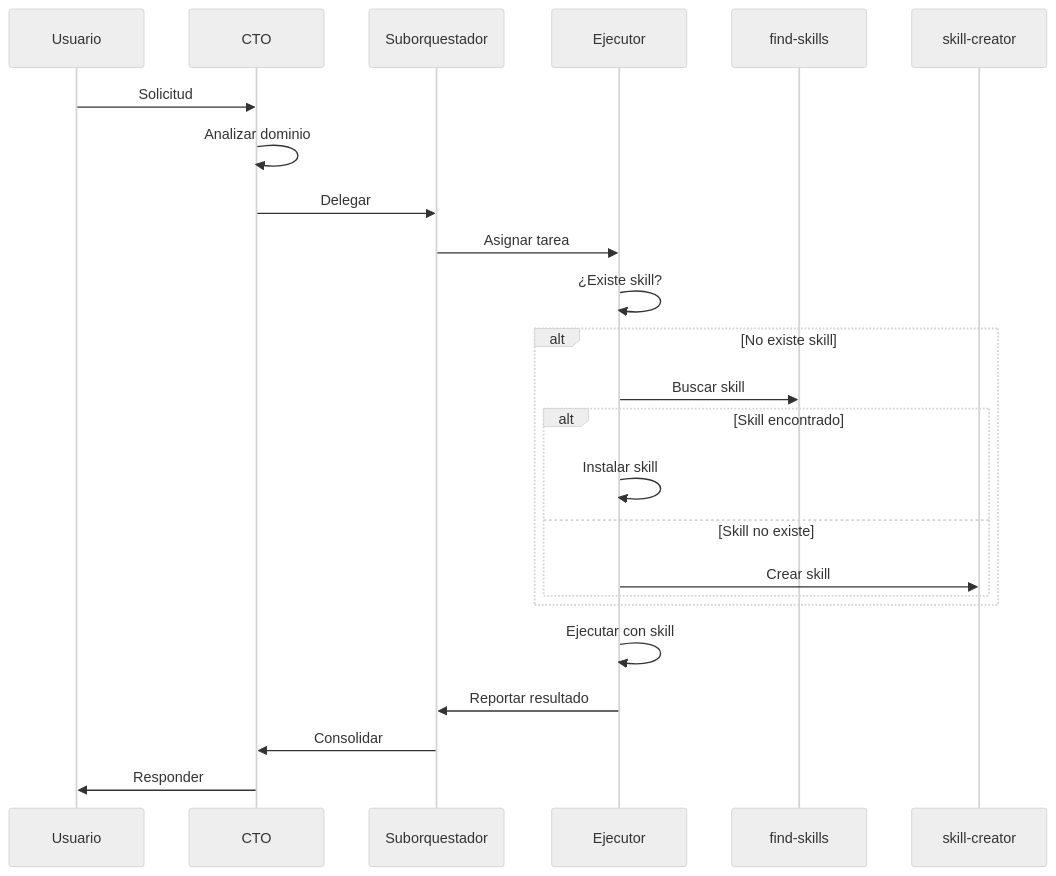
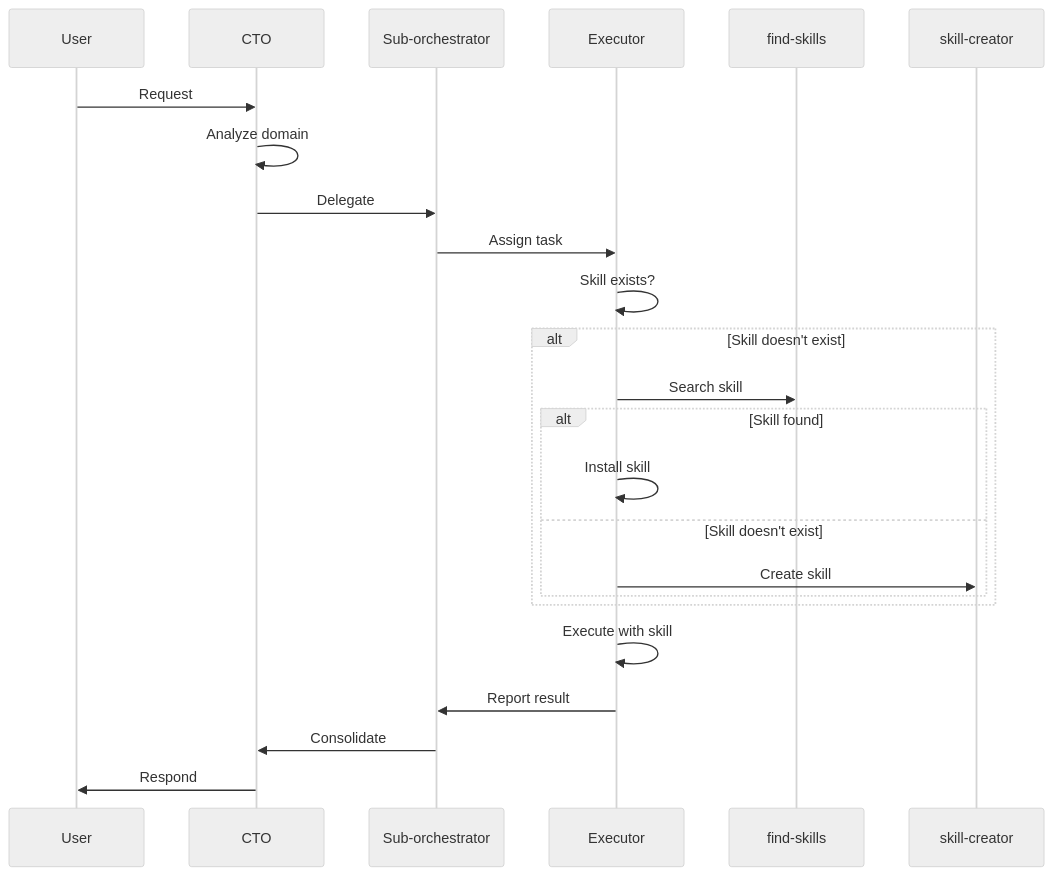
The diagram in .agents/agents.md (javalenciacai/develop-skills), drawn with Mermaid (neutral theme) before and after one commit. The commit also changed other lines of this file and 16 other files, not shown here.

````diff
--- a/.agents/agents.md
+++ b/.agents/agents.md
@@ -76,20 +76,20 @@
 ```mermaid
 sequenceDiagram
-    Usuario->>CTO: Solicitud
-    CTO->>CTO: Analizar dominio
-    CTO->>Suborquestador: Delegar
-    Suborquestador->>Ejecutor: Asignar tarea
-    Ejecutor->>Ejecutor: ¿Existe skill?
-    alt No existe skill
-        Ejecutor->>find-skills: Buscar skill
-        alt Skill encontrado
-            Ejecutor->>Ejecutor: Instalar skill
-        else Skill no existe
-            Ejecutor->>skill-creator: Crear skill
+    User->>CTO: Request
+    CTO->>CTO: Analyze domain
+    CTO->>Sub-orchestrator: Delegate
+    Sub-orchestrator->>Executor: Assign task
+    Executor->>Executor: Skill exists?
+    alt Skill doesn't exist
+        Executor->>find-skills: Search skill
+        alt Skill found
+            Executor->>Executor: Install skill
+        else Skill doesn't exist
+            Executor->>skill-creator: Create skill
         end
     end
-    Ejecutor->>Ejecutor: Ejecutar con skill
-    Ejecutor->>Suborquestador: Reportar resultado
-    Suborquestador->>CTO: Consolidar
-    CTO->>Usuario: Responder
+    Executor->>Executor: Execute with skill
+    Executor->>Sub-orchestrator: Report result
+    Sub-orchestrator->>CTO: Consolidate
+    CTO->>User: Respond
 ```
````
